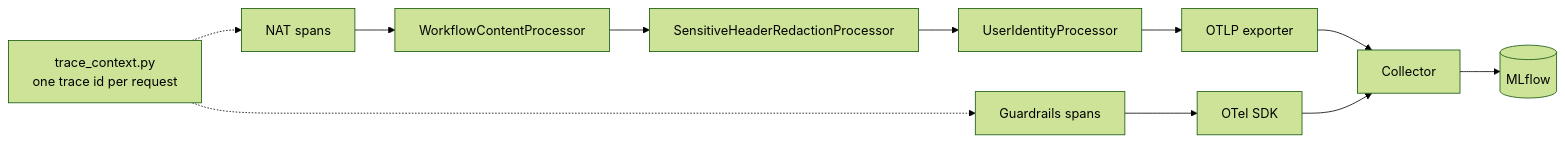
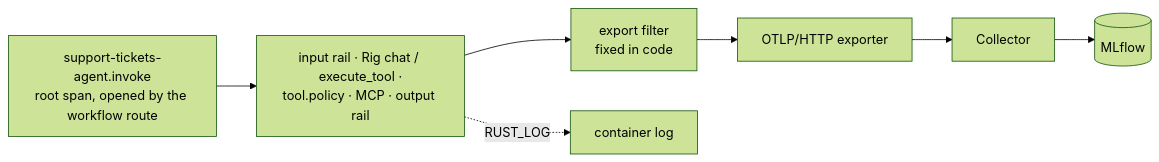
One commit to cognokratos/simple-agent-template changed the diagram in docs/tutorials/06-debug-with-traces.md. Above: the diagram before and after it, drawn with Mermaid (forest theme). The commit also changed other lines of this file and 150 other files, not shown here.

First line of the commit message:
Promote the Rig + Rust agent to main and rewrite the curriculum around it (#12)

````diff
--- a/docs/tutorials/06-debug-with-traces.md
+++ b/docs/tutorials/06-debug-with-traces.md
@@ -117,9 +137,7 @@
 ```mermaid
 flowchart LR
-    NAT[NAT spans] --> P1[WorkflowContentProcessor] --> P2[SensitiveHeaderRedactionProcessor] --> P3[UserIdentityProcessor] --> EXP[OTLP exporter]
-    GR[Guardrails spans] --> SDK[OTel SDK]
-    TC["trace_context.py<br/>one trace id per request"] -.-> NAT
-    TC -.-> GR
+    ROOT["support-tickets-agent.invoke<br/>root span, opened by the workflow route"] --> SP["input rail · Rig chat / execute_tool ·<br/>tool.policy · MCP · output rail"]
+    SP --> FILT["export filter<br/>fixed in code"] --> EXP[OTLP/HTTP exporter]
     EXP --> COL[Collector] --> ML[(MLflow)]
-    SDK --> COL
+    SP -.->|"RUST_LOG"| LOG[container log]
 ```
````
